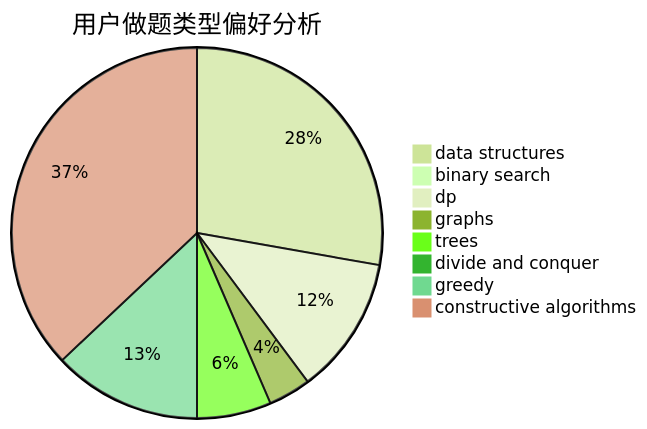
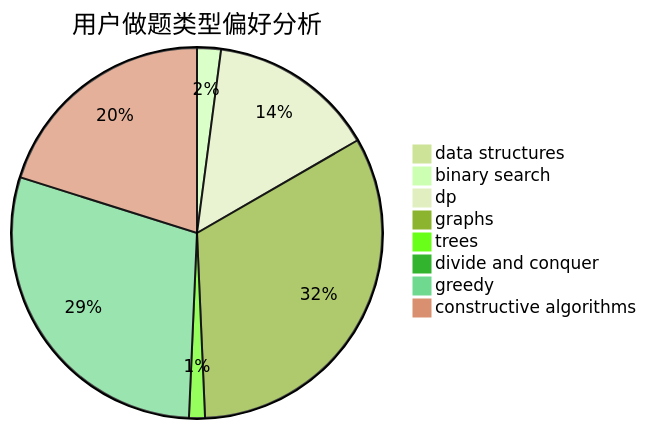
The second of 3 diagrams in docs/user/u2655.md (sherpahu/cfrs.github.io), drawn with Mermaid (forest theme) before and after one commit. The commit also changed other lines of this file and 2770 other files, not shown here.

````diff
--- a/docs/user/u2655.md
+++ b/docs/user/u2655.md
@@ -23,11 +23,11 @@
 ```mermaid
 pie title 用户做题类型偏好分析
-    "data structures" :  30
-    "binary search" :  0
-    "dp" :  13
-    "graphs" :  4
-    "trees" :  7
-    "divide and conquer" :  0
-    "greedy" :  14
-    "constructive algorithms" :  40
+    "data structures" :  1
+    "binary search" :  3
+    "dp" :  21
+    "graphs" :  47
+    "trees" :  2
+    "divide and conquer" :  1
+    "greedy" :  42
+    "constructive algorithms" :  29
 ```
````
